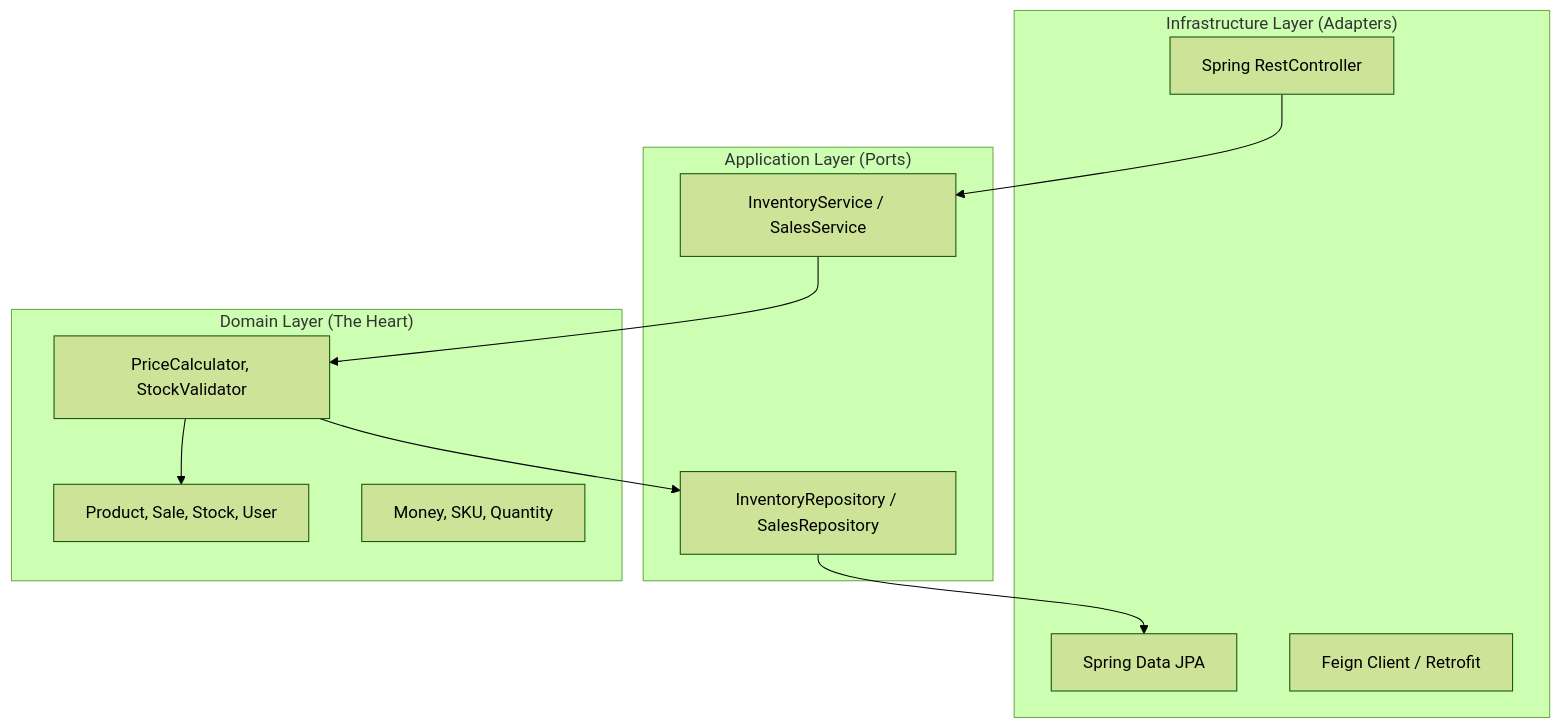
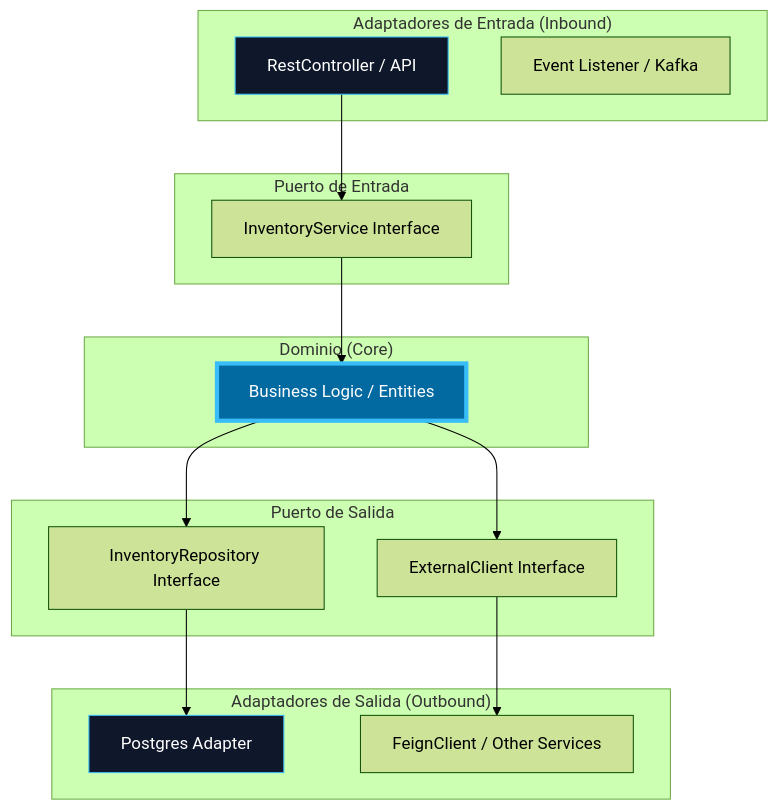
Before and after one commit to HecAguilaV/SIGA: the first of 2 diagrams in docs/technical-room/es/02-LOGICAL-VIEW.mdx, drawn with Mermaid (forest theme). The commit also changed other lines of this file and 11 other files, not shown here.

Commit message:
docs: arquitectura técnica 4+1 bilingüe final - alto contraste y accesibilidad / final 4+1 bilingual technical architecture - high contrast and accessibility

````diff
--- a/docs/technical-room/es/02-LOGICAL-VIEW.mdx
+++ b/docs/technical-room/es/02-LOGICAL-VIEW.mdx
@@ -9,25 +9,36 @@
 ```mermaid
 graph TD
-    subgraph "Infrastructure Layer (Adapters)"
-        WebController[Spring RestController]
-        DBAdapter[Spring Data JPA]
-        ExternalAPI[Feign Client / Retrofit]
+    subgraph "Adaptadores de Entrada (Inbound)"
+        Web[RestController / API]
+        EventIn[Event Listener / Kafka]
     end
 
-    subgraph "Application Layer (Ports)"
-        InputPort[InventoryService / SalesService]
-        OutputPort[InventoryRepository / SalesRepository]
+    subgraph "Puerto de Entrada"
+        IService[InventoryService Interface]
     end
 
-    subgraph "Domain Layer (The Heart)"
-        Entities[Product, Sale, Stock, User]
-        Values[Money, SKU, Quantity]
-        BusinessLogic[PriceCalculator, StockValidator]
+    subgraph "Dominio (Core)"
+        Logic[Business Logic / Entities]
     end
 
-    WebController --> InputPort
-    InputPort --> BusinessLogic
-    BusinessLogic --> OutputPort
-    OutputPort --> DBAdapter
-    BusinessLogic --> Entities
+    subgraph "Puerto de Salida"
+        IRepo[InventoryRepository Interface]
+        IExt[ExternalClient Interface]
+    end
+
+    subgraph "Adaptadores de Salida (Outbound)"
+        DB[Postgres Adapter]
+        Feign[FeignClient / Other Services]
+    end
+
+    Web --> IService
+    IService --> Logic
+    Logic --> IRepo
+    Logic --> IExt
+    IRepo --> DB
+    IExt --> Feign
+
+    style Logic fill:#0369a1,stroke:#38bdf8,stroke-width:4px,color:#fff
+    style Web fill:#0f172a,stroke:#38bdf8,color:#fff
+    style DB fill:#0f172a,stroke:#38bdf8,color:#fff
 ```
````
